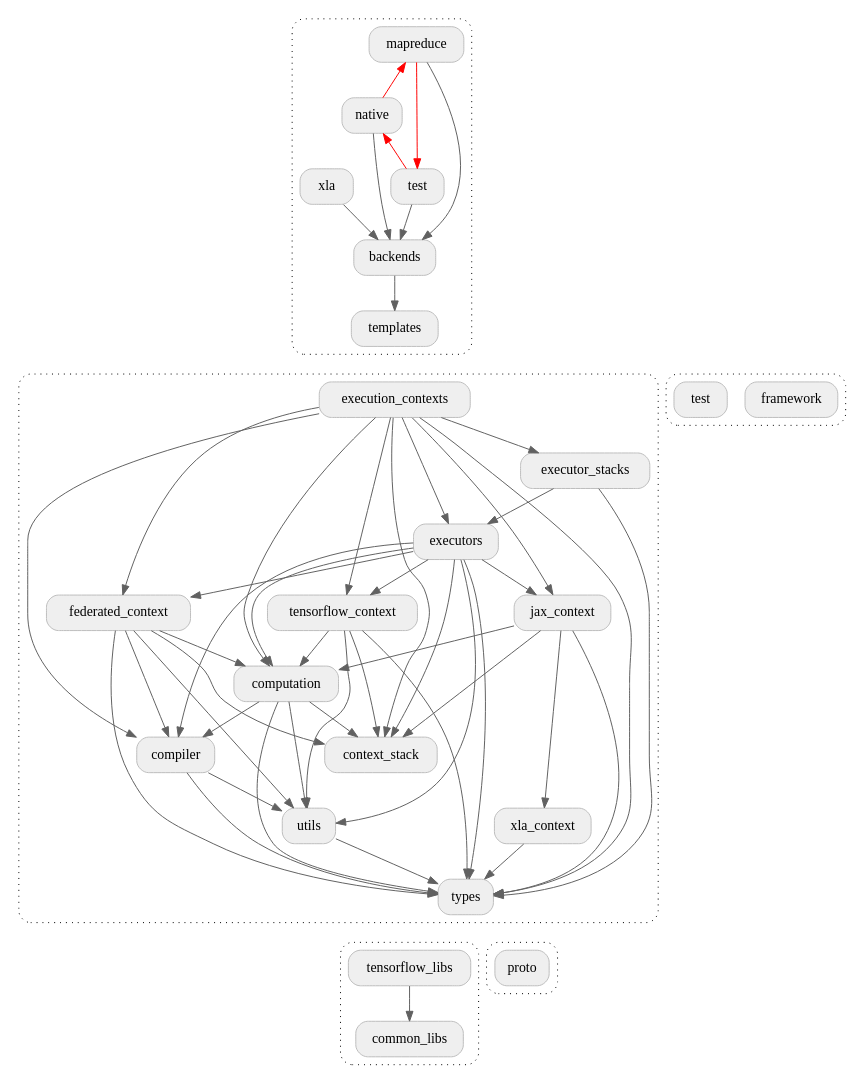
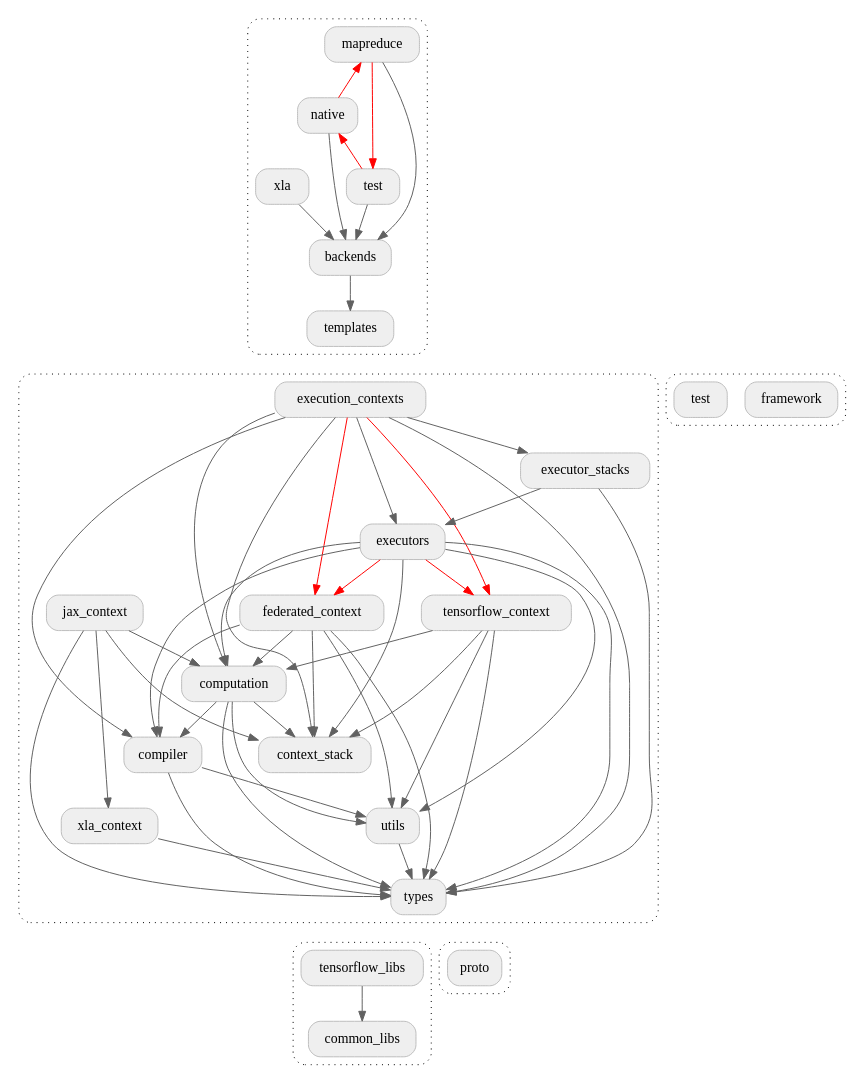
Before and after one commit to google-parfait/tensorflow-federated: the diagram in docs/design/package_structure_core.dot, drawn with Graphviz. The commit also changed 1 other file, not shown here.

Commit message:
Update the visibility of the `jax_context` package to prevent unwanted dependencies.

```diff
--- a/docs/design/package_structure_core.dot
+++ b/docs/design/package_structure_core.dot
@@ -1,105 +1,103 @@
 digraph {
   graph [style="dotted,rounded"]
   node [shape="box", style="rounded,filled", fillcolor="#efefef", color="#bdbdbd"]
   edge [color="#616161"]
 
   subgraph cluster_core_0 {
     mapreduce [href="https://github.com/tensorflow/federated/blob/main/tensorflow_federated/python/core/backends/mapreduce" target="_parent",]
     native [href="https://github.com/tensorflow/federated/blob/main/tensorflow_federated/python/core/backends/native" target="_parent",]
     backends_test [label="test", href="https://github.com/tensorflow/federated/blob/main/tensorflow_federated/python/core/backends/test" target="_parent",]
     xla [href="https://github.com/tensorflow/federated/blob/main/tensorflow_federated/python/core/backends/xla" target="_parent",]
     backends [href="https://github.com/tensorflow/federated/blob/main/tensorflow_federated/python/core/backends" target="_parent"]
     templates [href="https://github.com/tensorflow/federated/blob/main/tensorflow_federated/python/core/templates" target="_parent"]
   }
 
   mapreduce -> backends
   native -> backends
   backends_test -> backends
   xla -> backends
   backends -> templates
   templates -> execution_contexts [arrowhead="none", style="invisible"]
 
   // TODO: b/233800075 - Remove dependency from `native` to `mapreduce`.
   mapreduce -> native [dir=back, color="#ff0000"]
   // TODO: b/233800373 - Remove dependency from `test` to `native`.
   native -> backends_test [dir=back, color="#ff0000"]
   // TODO: b/233801300 - Remove dependency from `mapreduce` to `test`.
   mapreduce -> backends_test [color="#ff0000"]
 
   subgraph cluster_core_1 {
     framework [href="https://github.com/tensorflow/federated/blob/main/tensorflow_federated/python/core/framework" target="_parent"]
     test [href="https://github.com/tensorflow/federated/blob/main/tensorflow_federated/python/core/test" target="_parent"]
   }
 
   framework -> executor_stacks [arrowhead="none", style="invisible"]
   test -> executor_stacks [arrowhead="none", style="invisible"]
 
   subgraph cluster_core_2 {
     execution_contexts [href="https://github.com/tensorflow/federated/blob/main/tensorflow_federated/python/core/impl/execution_contexts" target="_parent"]
     executor_stacks [href="https://github.com/tensorflow/federated/blob/main/tensorflow_federated/python/core/impl/executor_stacks" target="_parent"]
     executors [href="https://github.com/tensorflow/federated/blob/main/tensorflow_federated/python/core/impl/executors" target="_parent"]
     federated_context [href="https://github.com/tensorflow/federated/blob/main/tensorflow_federated/python/core/impl/federated_context" target="_parent"]
     tensorflow_context [href="https://github.com/tensorflow/federated/blob/main/tensorflow_federated/python/core/impl/tensorflow_context" target="_parent"]
     jax_context [href="https://github.com/tensorflow/federated/blob/main/tensorflow_federated/python/core/impl/jax_context" target="_parent"]
     xla_context [href="https://github.com/tensorflow/federated/blob/main/tensorflow_federated/python/core/impl/jax_context" target="_parent"]
     computation [href="https://github.com/tensorflow/federated/blob/main/tensorflow_federated/python/core/impl/computation" target="_parent"]
     compiler [href="https://github.com/tensorflow/federated/blob/main/tensorflow_federated/python/core/impl/compiler" target="_parent"]
     utils [href="https://github.com/tensorflow/federated/blob/main/tensorflow_federated/python/core/impl/utils" target="_parent"]
     types [href="https://github.com/tensorflow/federated/blob/main/tensorflow_federated/python/core/impl/types" target="_parent"]
     context_stack [href="https://github.com/tensorflow/federated/blob/main/tensorflow_federated/python/core/impl/context_stack" target="_parent"]
   }
 
   execution_contexts -> executor_stacks
   execution_contexts -> executors
-  execution_contexts -> federated_context
-  execution_contexts -> tensorflow_context
-  execution_contexts -> jax_context
+  execution_contexts -> federated_context [color="#ff0000"]
+  execution_contexts -> tensorflow_context [color="#ff0000"]
   execution_contexts -> computation
   execution_contexts -> compiler
   execution_contexts -> types
   execution_contexts -> context_stack
   executor_stacks -> executors
   executor_stacks -> types
-  executors -> federated_context
-  executors -> tensorflow_context
-  executors -> jax_context
+  executors -> federated_context [color="#ff0000"]
+  executors -> tensorflow_context [color="#ff0000"]
   executors -> computation
   executors -> compiler
   executors -> utils
   executors -> types
   executors -> context_stack
   federated_context -> computation
   federated_context -> compiler
   federated_context -> utils
   federated_context -> types
   federated_context -> context_stack
   tensorflow_context -> computation
   tensorflow_context -> utils
   tensorflow_context -> types
   tensorflow_context -> context_stack
   jax_context -> xla_context
   jax_context -> computation
   jax_context -> types
   jax_context -> context_stack
   xla_context -> types
   computation -> compiler
   computation -> utils
   computation -> types
   computation -> context_stack
   compiler -> utils
   compiler -> types
   utils -> types
   types -> tensorflow_libs [arrowhead="none", style="invisible"]
   types -> proto [arrowhead="none", style="invisible"]
 
   subgraph cluster_core_3 {
     tensorflow_libs [href="https://github.com/tensorflow/federated/blob/main/tensorflow_federated/python/tensorflow_libs" target="_parent"]
     common_libs [href="https://github.com/tensorflow/federated/blob/main/tensorflow_federated/python/common_libs" target="_parent"]
   }
 
   tensorflow_libs -> common_libs
 
   subgraph cluster_core_4 {
     proto [href="https://github.com/tensorflow/federated/blob/main/tensorflow_federated/proto" target="_parent"]
   }
 }
```
